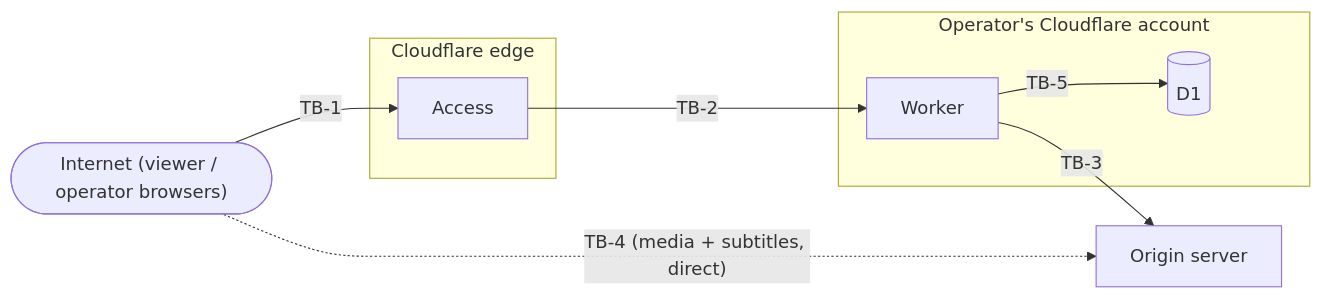
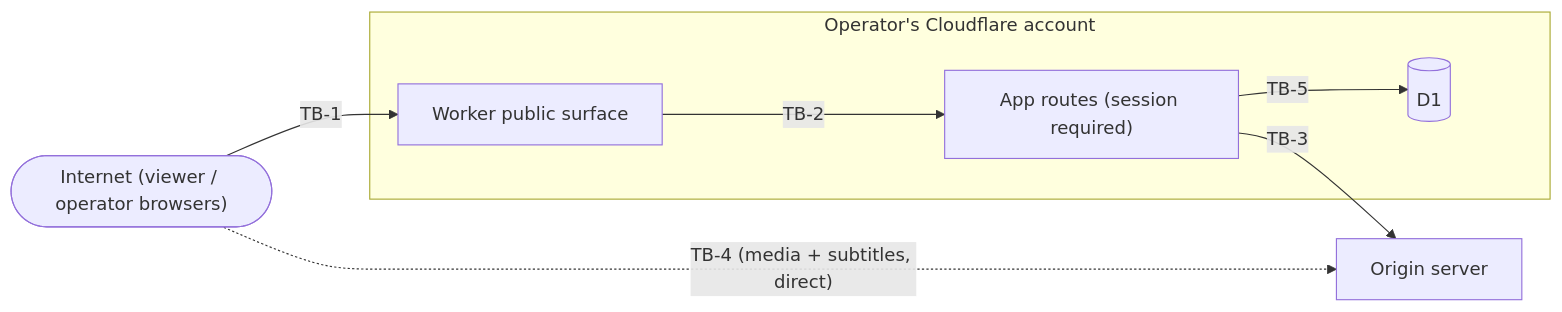
Before and after one commit to zemdregon/media-frontend: the second of 3 diagrams in docs/design/HLD.md, drawn with Mermaid. The commit also changed other lines of this file and 12 other files, not shown here.

````diff
--- a/docs/design/HLD.md
+++ b/docs/design/HLD.md
@@ -96,17 +93,15 @@
 ```mermaid
 flowchart LR
   net(["Internet (viewer / operator browsers)"])
-  subgraph edge["Cloudflare edge"]
-    access["Access"]
-  end
   subgraph acct["Operator's Cloudflare account"]
-    worker["Worker"]
+    worker["Worker public surface"]
+    app["App routes (session required)"]
     d1[("D1")]
   end
   origin["Origin server"]
-  net -- "TB-1" --> access
-  access -- "TB-2" --> worker
-  worker -- "TB-5" --> d1
-  worker -- "TB-3" --> origin
+  net -- "TB-1" --> worker
+  worker -- "TB-2" --> app
+  app -- "TB-5" --> d1
+  app -- "TB-3" --> origin
   net -. "TB-4 (media + subtitles, direct)" .-> origin
 ```
````
